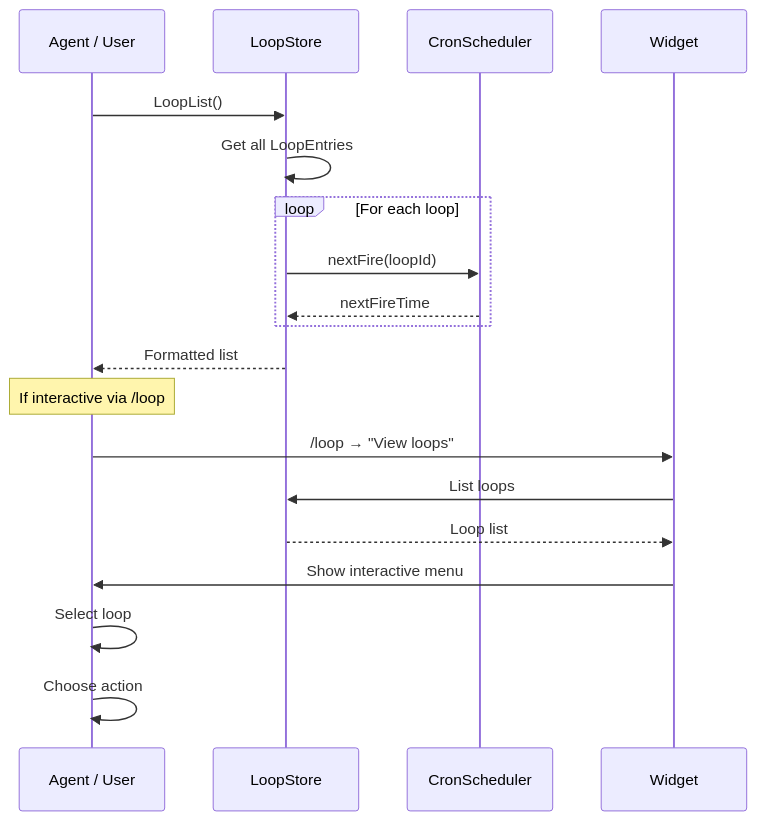
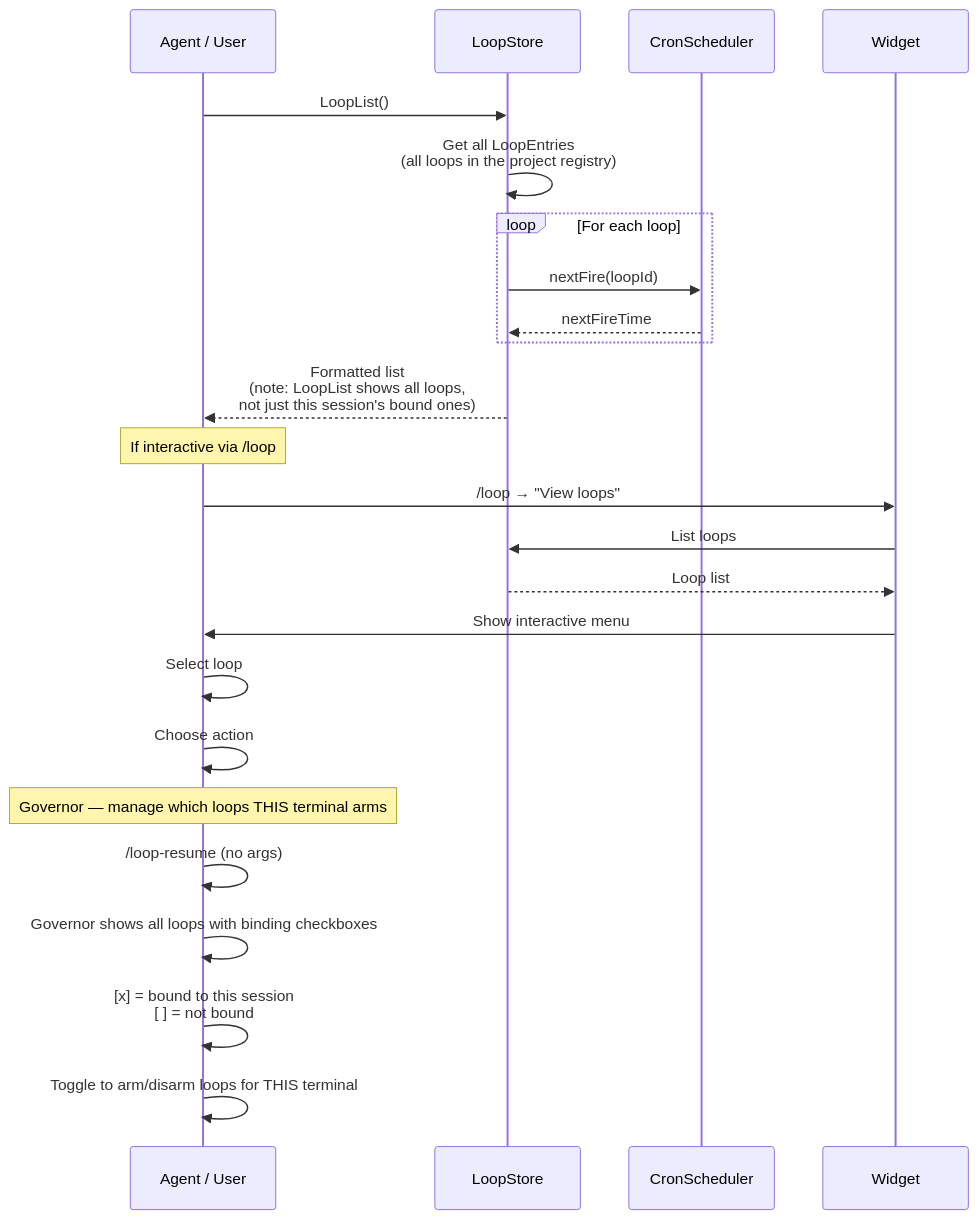
One commit to bramburn/pi-loop changed the first of 2 diagrams in userflow/loop-list.md. Above: the diagram before and after it, drawn with Mermaid. The commit also changed other lines of this file and 40 other files, not shown here.

First line of the commit message:
feat: governor TUI + per-session bindings + all session fixes

````diff
--- a/userflow/loop-list.md
+++ b/userflow/loop-list.md
@@ -11,23 +11,29 @@
 ```mermaid
 sequenceDiagram
     participant A as Agent / User
     participant S as LoopStore
     participant C as CronScheduler
     participant W as Widget
 
     A->>S: LoopList()
-    S->>S: Get all LoopEntries
+    S->>S: Get all LoopEntries<br/>(all loops in the project registry)
     loop For each loop
         S->>C: nextFire(loopId)
         C-->>S: nextFireTime
     end
-    S-->>A: Formatted list
+    S-->>A: Formatted list<br/>(note: LoopList shows all loops,<br/>not just this session's bound ones)
 
     Note over A: If interactive via /loop
     A->>W: /loop → "View loops"
     W->>S: List loops
     S-->>W: Loop list
     W->>A: Show interactive menu
     A->>A: Select loop
     A->>A: Choose action
+
+    Note over A: Governor — manage which loops THIS terminal arms
+    A->>A: /loop-resume (no args)
+    A->>A: Governor shows all loops with binding checkboxes
+    A->>A: [x] = bound to this session<br/>[ ] = not bound
+    A->>A: Toggle to arm/disarm loops for THIS terminal
 ```
````
